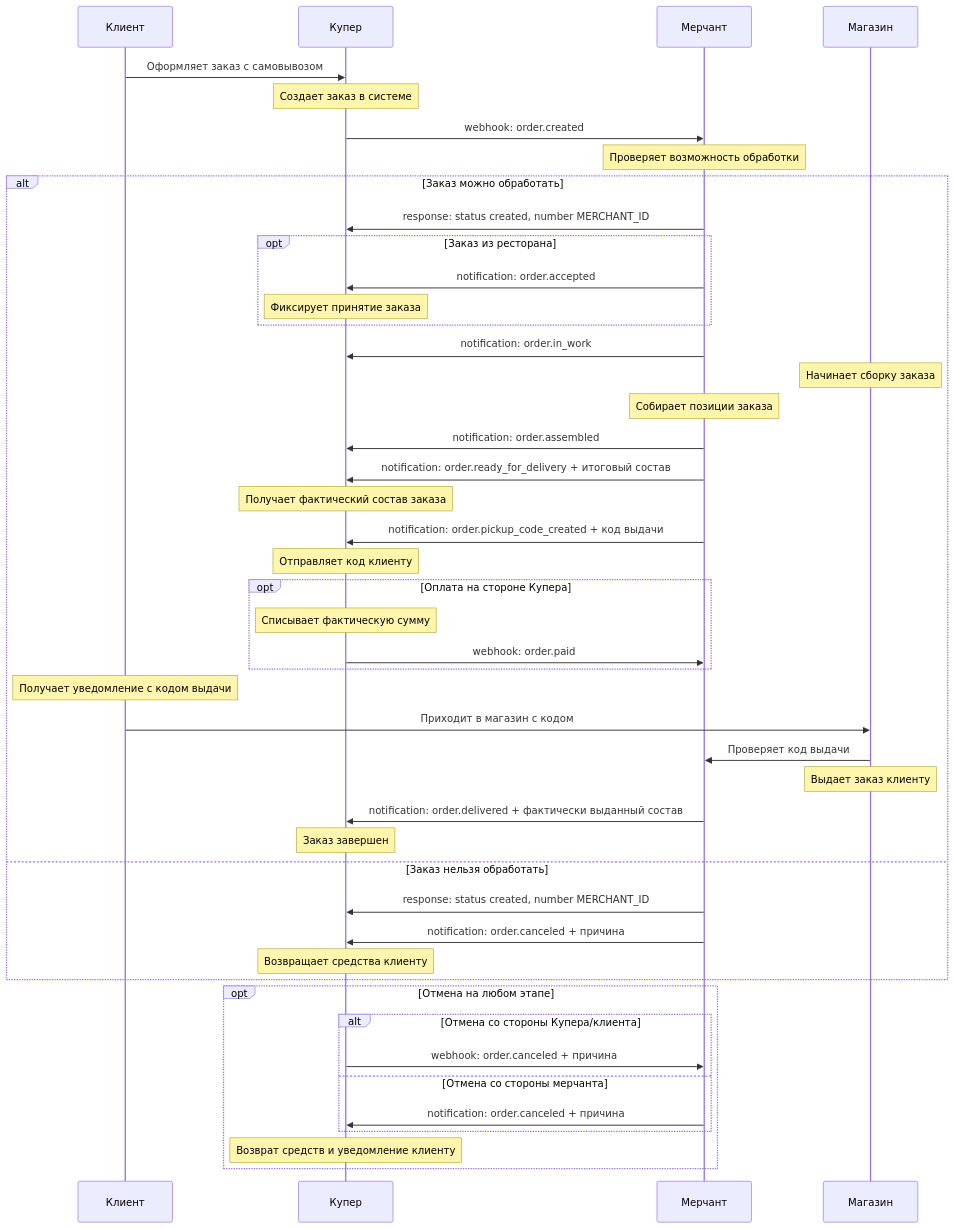
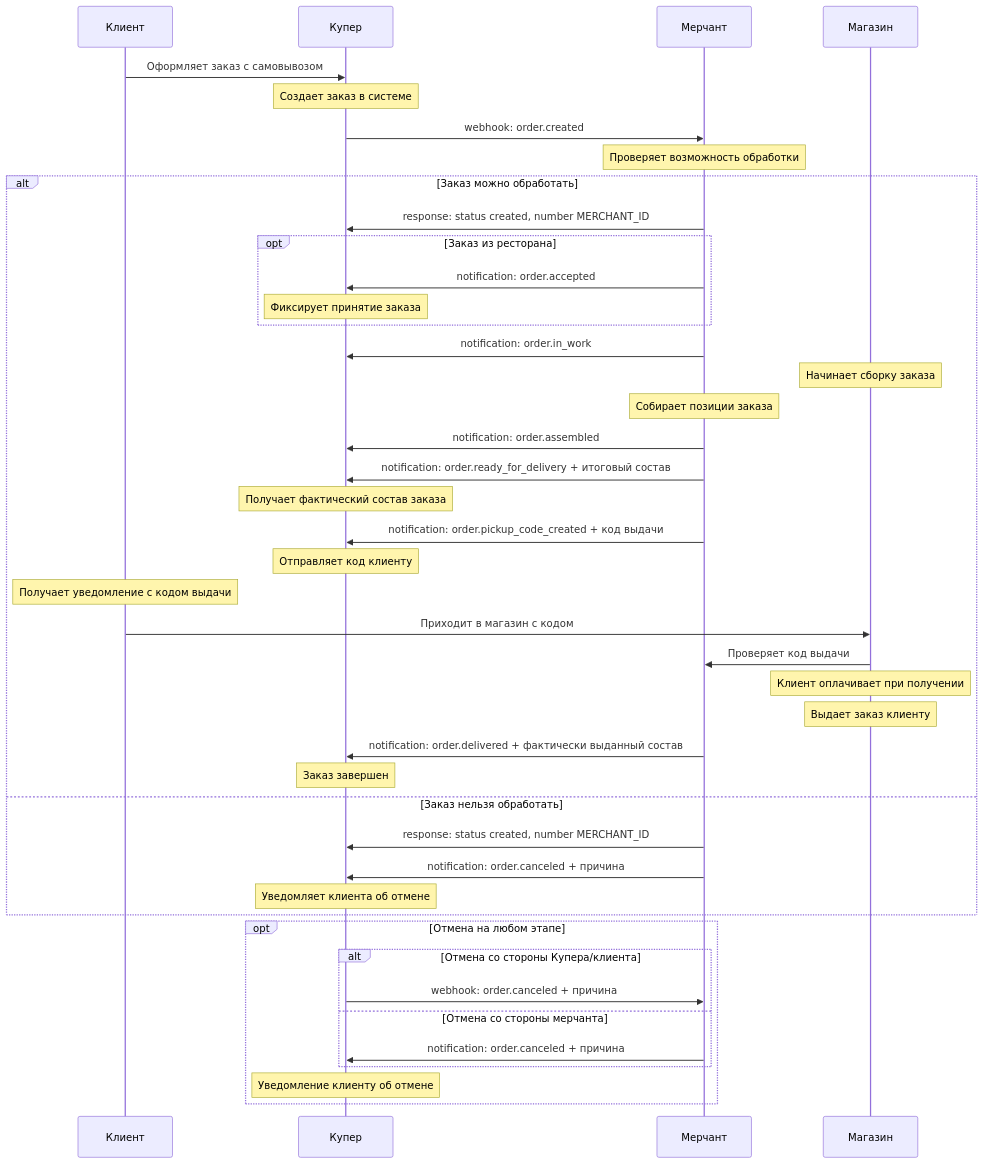
One commit to benbut/kuper changed the second of 3 diagrams in assets/kuper-pickup-integration.md. Above: the diagram before and after it, drawn with Mermaid. The commit also changed other lines of this file, not shown here.

````diff
--- a/assets/kuper-pickup-integration.md
+++ b/assets/kuper-pickup-integration.md
@@ -65,62 +61,58 @@
 ```mermaid
 sequenceDiagram
     participant Client as Клиент
     participant Kuper as Купер
     participant Merchant as Мерчант
     participant Store as Магазин
     
     Client->>Kuper: Оформляет заказ с самовывозом
     Note over Kuper: Создает заказ в системе
     
     Kuper->>Merchant: webhook: order.created
     Note over Merchant: Проверяет возможность обработки
     
     alt Заказ можно обработать
         Merchant->>Kuper: response: status created, number MERCHANT_ID
         
         opt Заказ из ресторана
             Merchant->>Kuper: notification: order.accepted
             Note over Kuper: Фиксирует принятие заказа
         end
         
         Merchant->>Kuper: notification: order.in_work
         Note over Store: Начинает сборку заказа
         
         Note over Merchant: Собирает позиции заказа
         Merchant->>Kuper: notification: order.assembled
         
         Merchant->>Kuper: notification: order.ready_for_delivery + итоговый состав
         Note over Kuper: Получает фактический состав заказа
         
         Merchant->>Kuper: notification: order.pickup_code_created + код выдачи
         Note over Kuper: Отправляет код клиенту
         
-        opt Оплата на стороне Купера
-            Note over Kuper: Списывает фактическую сумму
-            Kuper->>Merchant: webhook: order.paid
-        end
-        
         Note over Client: Получает уведомление с кодом выдачи
         Client->>Store: Приходит в магазин с кодом
         
         Store->>Merchant: Проверяет код выдачи
+        Note over Store: Клиент оплачивает при получении
         Note over Store: Выдает заказ клиенту
         
         Merchant->>Kuper: notification: order.delivered + фактически выданный состав
         Note over Kuper: Заказ завершен
         
     else Заказ нельзя обработать
         Merchant->>Kuper: response: status created, number MERCHANT_ID
         Merchant->>Kuper: notification: order.canceled + причина
-        Note over Kuper: Возвращает средства клиенту
+        Note over Kuper: Уведомляет клиента об отмене
     end
     
     opt Отмена на любом этапе
         alt Отмена со стороны Купера/клиента
             Kuper->>Merchant: webhook: order.canceled + причина
         else Отмена со стороны мерчанта
             Merchant->>Kuper: notification: order.canceled + причина
         end
-        Note over Kuper: Возврат средств и уведомление клиенту
+        Note over Kuper: Уведомление клиенту об отмене
     end
 ```
````
